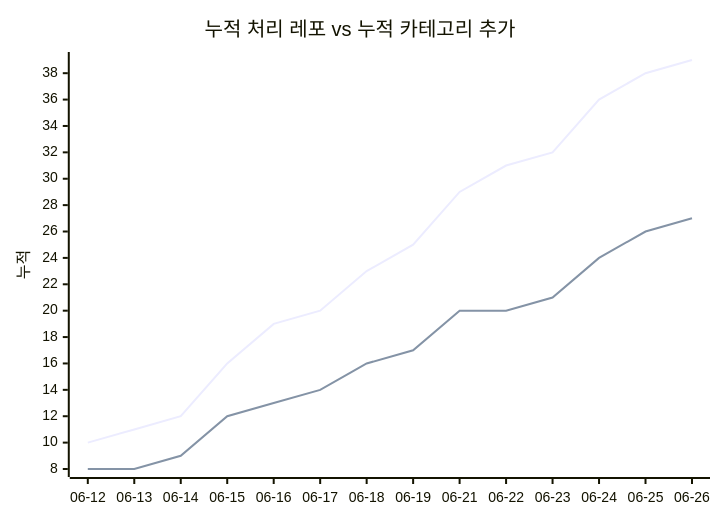
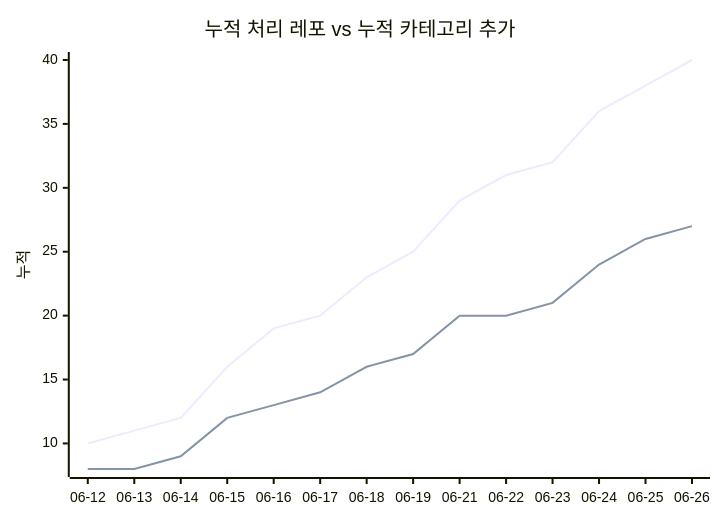
Before and after one commit to J-nowcow/awesome-korean-agent-skills: the second of 2 diagrams in docs/trends.md, drawn with Mermaid. The commit also changed other lines of this file and 2 other files, not shown here.

````diff
--- a/docs/trends.md
+++ b/docs/trends.md
@@ -68,8 +68,8 @@
 ```mermaid
 xychart-beta
     title "누적 처리 레포 vs 누적 카테고리 추가"
     x-axis ["06-12","06-13","06-14","06-15","06-16","06-17","06-18","06-19","06-21","06-22","06-23","06-24","06-25","06-26"]
     y-axis "누적"
-    line [10,11,12,16,19,20,23,25,29,31,32,36,38,39]
+    line [10,11,12,16,19,20,23,25,29,31,32,36,38,40]
     line [8,8,9,12,13,14,16,17,20,20,21,24,26,27]
 ```
````
